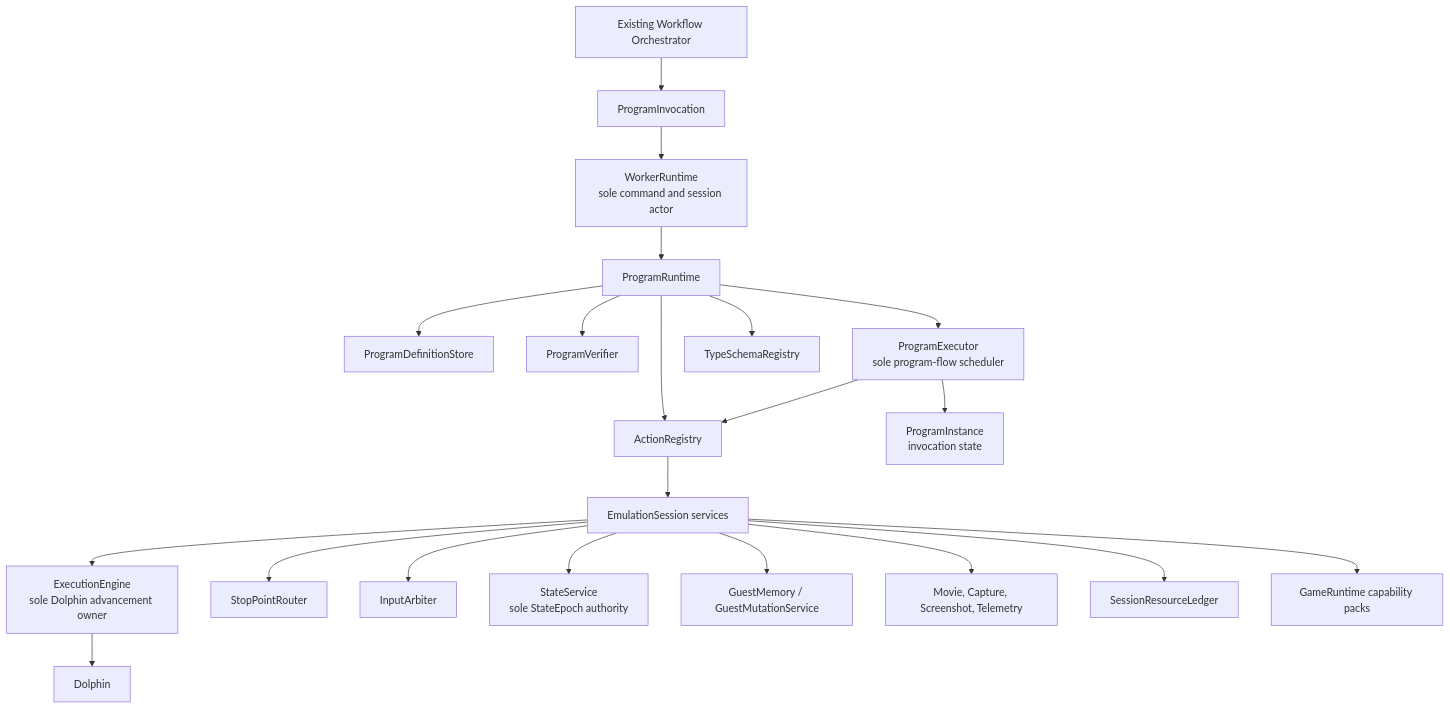
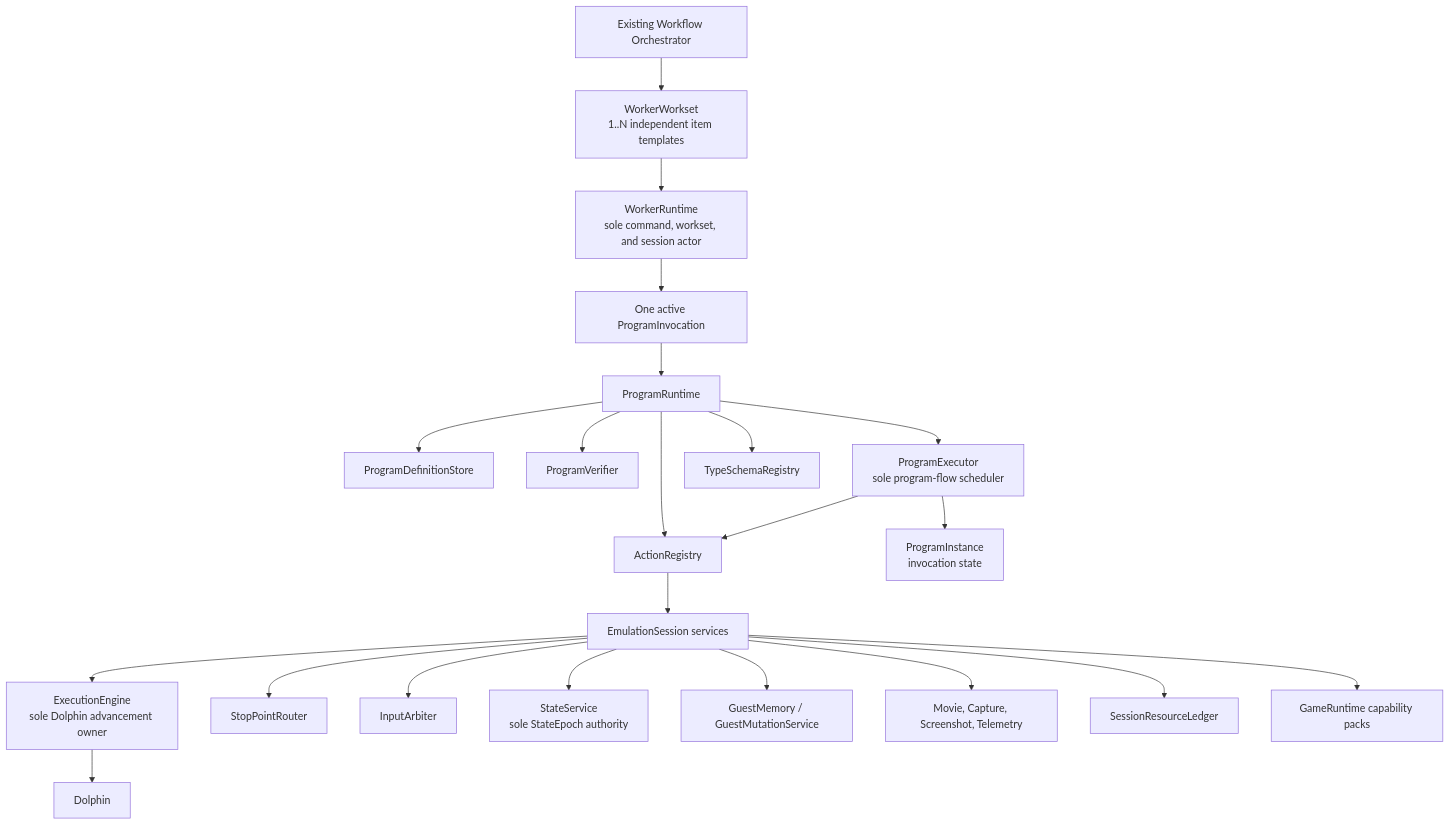
One commit to jahorta/SAVOR changed the diagram in planning/ExecutionRuntime/README.md. Above: the diagram before and after it, drawn with Mermaid. The commit also changed other lines of this file and 12 other files, not shown here.

Commit message:
Refine execution runtime phase and workset guidance

````diff
--- a/planning/ExecutionRuntime/README.md
+++ b/planning/ExecutionRuntime/README.md
@@ -104,23 +125,24 @@
 ```mermaid
 flowchart TD
-    WF["Existing Workflow Orchestrator"] --> INV["ProgramInvocation"]
-    INV --> WR["WorkerRuntime<br/>sole command and session actor"]
-    WR --> PR["ProgramRuntime"]
+    WF["Existing Workflow Orchestrator"] --> WS["WorkerWorkset<br/>1..N independent item templates"]
+    WS --> WR["WorkerRuntime<br/>sole command, workset, and session actor"]
+    WR --> INV["One active ProgramInvocation"]
+    INV --> PR["ProgramRuntime"]
     PR --> DS["ProgramDefinitionStore"]
     PR --> VF["ProgramVerifier"]
     PR --> PE["ProgramExecutor<br/>sole program-flow scheduler"]
     PR --> AR["ActionRegistry"]
     PR --> TR["TypeSchemaRegistry"]
     PE --> PI["ProgramInstance<br/>invocation state"]
     PE --> AR
     AR --> ES["EmulationSession services"]
     ES --> EE["ExecutionEngine<br/>sole Dolphin advancement owner"]
     ES --> SR["StopPointRouter"]
     ES --> IA["InputArbiter"]
     ES --> SS["StateService<br/>sole StateEpoch authority"]
     ES --> GM["GuestMemory / GuestMutationService"]
     ES --> MC["Movie, Capture, Screenshot, Telemetry"]
     ES --> RL["SessionResourceLedger"]
     ES --> GR["GameRuntime capability packs"]
     EE --> D["Dolphin"]
 ```
````
